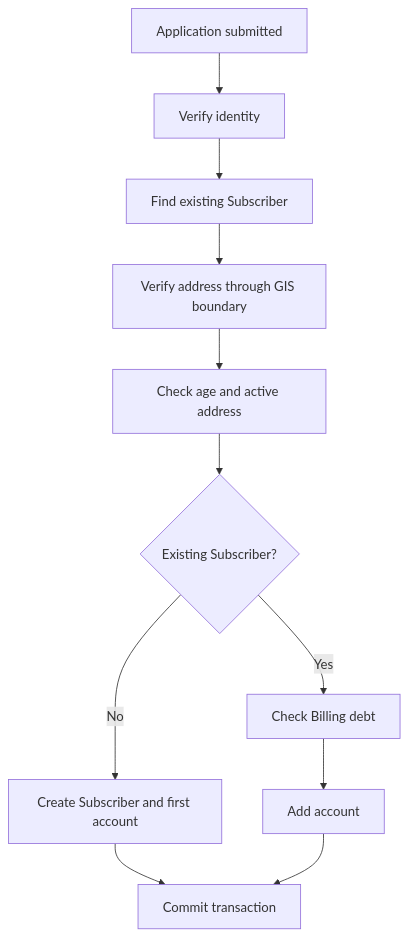
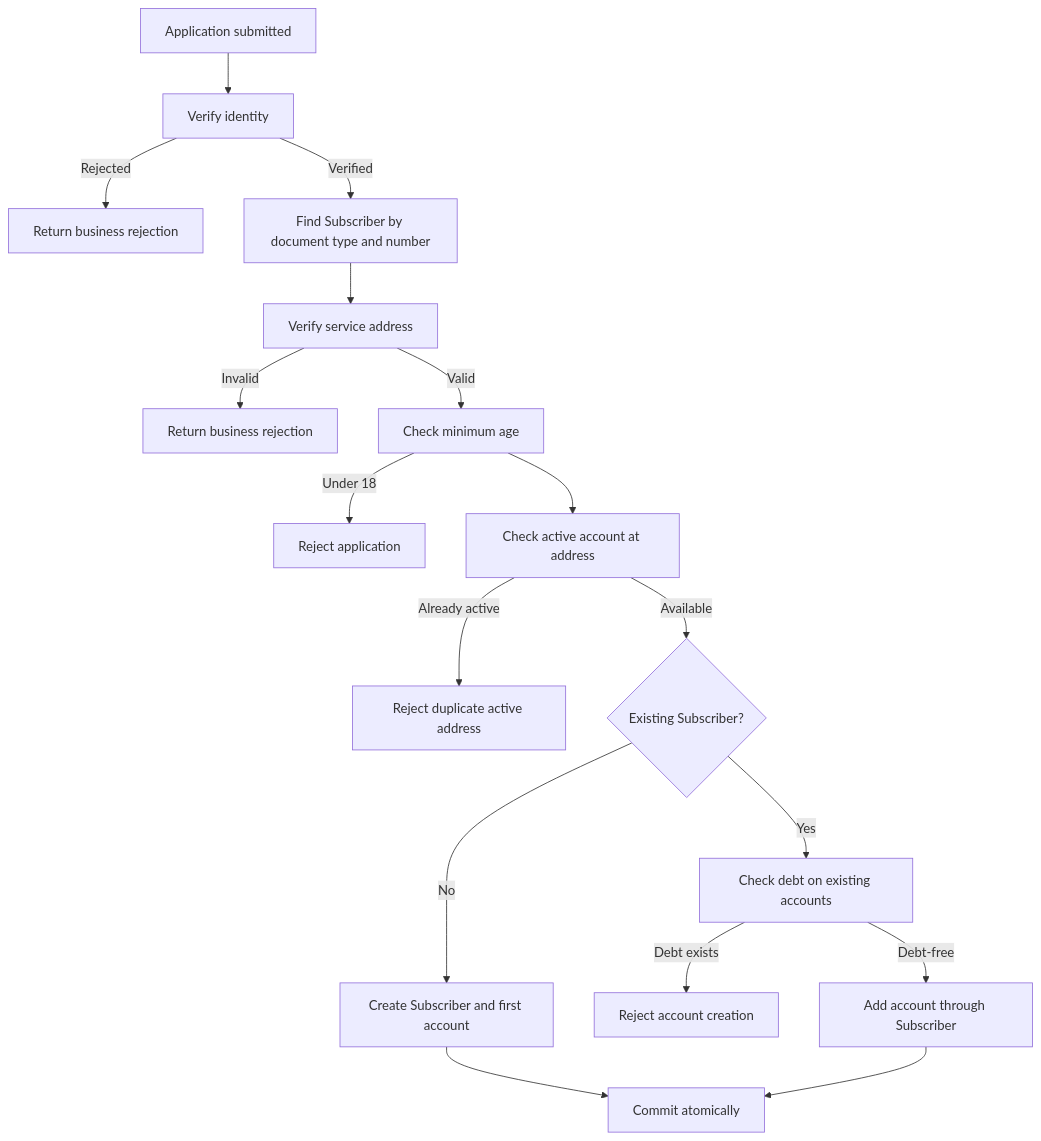
The first of 4 diagrams in README.md (Rashid-97/utility-customer-management), drawn with Mermaid before and after one commit. The commit also changed other lines of this file, not shown here.

````diff
--- a/README.md
+++ b/README.md
@@ -17,13 +39,19 @@
 ```mermaid
 flowchart TD
     A[Application submitted] --> B[Verify identity]
-    B --> C[Find existing Subscriber]
-    C --> D[Verify address through GIS boundary]
-    D --> E[Check age and active address]
-    E --> F{Existing Subscriber?}
-    F -->|No| G[Create Subscriber and first account]
-    F -->|Yes| H[Check Billing debt]
-    H --> I[Add account]
-    G --> J[Commit transaction]
-    I --> J
+    B -->|Rejected| R1[Return business rejection]
+    B -->|Verified| C[Find Subscriber by document type and number]
+    C --> D[Verify service address]
+    D -->|Invalid| R2[Return business rejection]
+    D -->|Valid| E[Check minimum age]
+    E -->|Under 18| R3[Reject application]
+    E --> F[Check active account at address]
+    F -->|Already active| R4[Reject duplicate active address]
+    F -->|Available| G{Existing Subscriber?}
+    G -->|No| H[Create Subscriber and first account]
+    G -->|Yes| I[Check debt on existing accounts]
+    I -->|Debt exists| R5[Reject account creation]
+    I -->|Debt-free| J[Add account through Subscriber]
+    H --> K[Commit atomically]
+    J --> K
 ```
````
